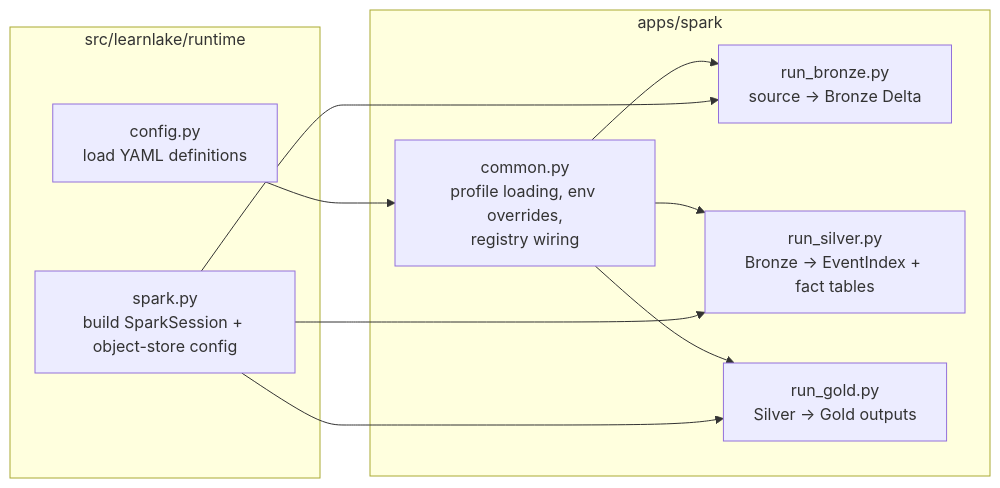
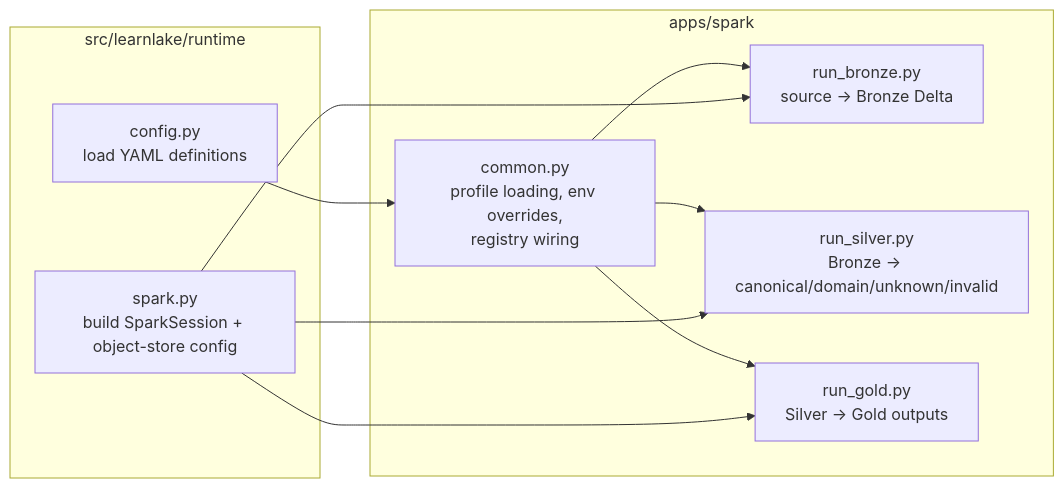
The tenth of 14 diagrams in source/docs/framework-architecture.md (Cuong102904/LogAnalysisETL), drawn with Mermaid before and after one commit. The commit also changed other lines of this file and 51 other files, not shown here.

````diff
--- a/source/docs/framework-architecture.md
+++ b/source/docs/framework-architecture.md
@@ -1269,24 +1257,24 @@
 ```mermaid
 flowchart LR
     %% Execution backend for the framework
 
     subgraph RT["apps/spark"]
         RT1["run_bronze.py\nsource -> Bronze Delta"]
-        RT2["run_silver.py\nBronze -> EventIndex + fact tables"]
+        RT2["run_silver.py\nBronze -> canonical/domain/unknown/invalid"]
         RT3["run_gold.py\nSilver -> Gold outputs"]
         RT4["common.py\nprofile loading, env overrides,\nregistry wiring"]
     end
 
     subgraph RS["src/learnlake/runtime"]
         RS1["config.py\nload YAML definitions"]
         RS2["spark.py\nbuild SparkSession + object-store config"]
     end
 
     RT4 --> RT1
     RT4 --> RT2
     RT4 --> RT3
     RS1 --> RT4
     RS2 --> RT1
     RS2 --> RT2
     RS2 --> RT3
 ```
````
